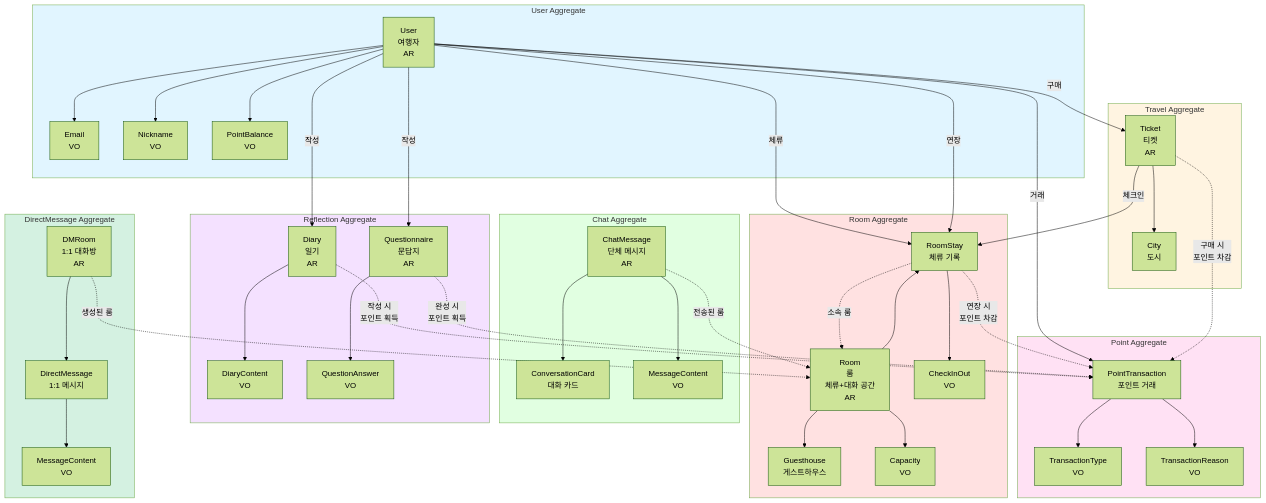
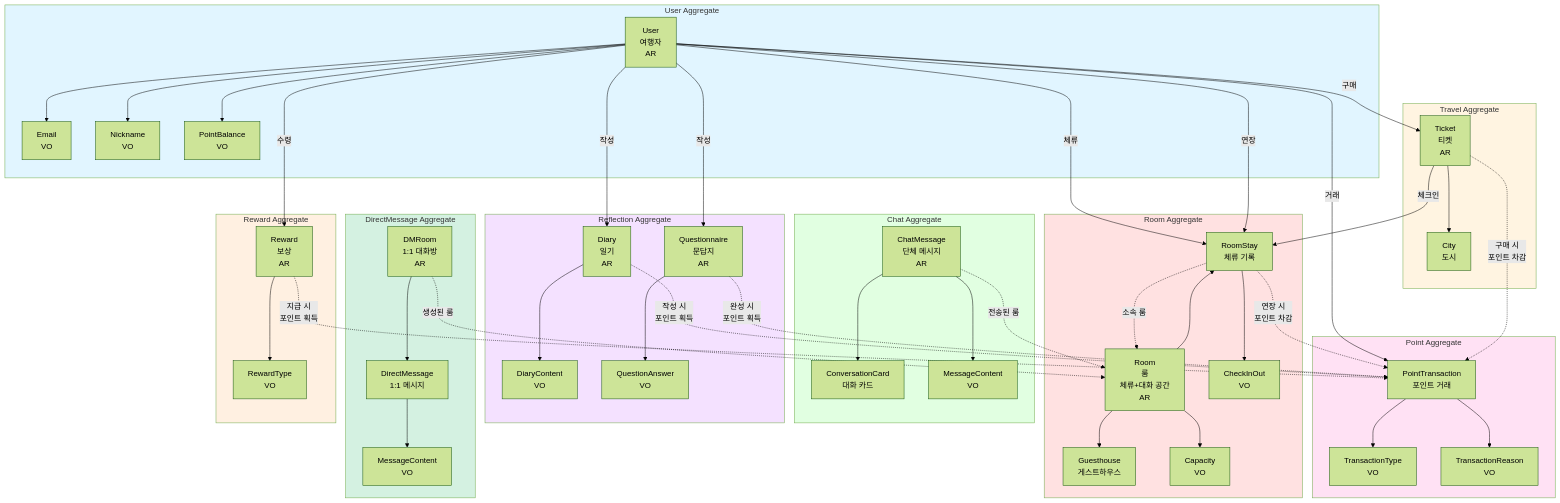
The second of 2 diagrams in docs/domain-model.md (yuiyeong/bzero-api), drawn with Mermaid (forest theme) before and after one commit. The commit also changed other lines of this file and 1 other file, not shown here.

First line of the commit message:
docs: Reward 도메인 모델 및 ERD 문서 업데이트

````diff
--- a/docs/domain-model.md
+++ b/docs/domain-model.md
@@ -426,6 +463,12 @@
         PointTransaction --> TransactionReason
     end
 
+    subgraph RewardAggregate[Reward Aggregate]
+        Reward[Reward<br/>보상<br/>AR]
+        RewardType[RewardType<br/>VO]
+        Reward --> RewardType
+    end
+
     User -->|구매| Ticket
     Ticket -->|체크인| RoomStay
     User -->|체류| RoomStay
@@ -440,6 +483,8 @@
     Ticket -.->|구매 시<br/>포인트 차감| PointTransaction
     Diary -.->|작성 시<br/>포인트 획득| PointTransaction
     Questionnaire -.->|완성 시<br/>포인트 획득| PointTransaction
+    User -->|수령| Reward
+    Reward -.->|지급 시<br/>포인트 획득| PointTransaction
 
     style UserAggregate fill:#e1f5ff
     style TravelAggregate fill:#fff4e1
@@ -448,4 +493,5 @@
     style DMAggregate fill:#d4f1e1
     style ReflectionAggregate fill:#f4e1ff
     style PointAggregate fill:#ffe1f4
+    style RewardAggregate fill:#fff0e1
 ```
````
